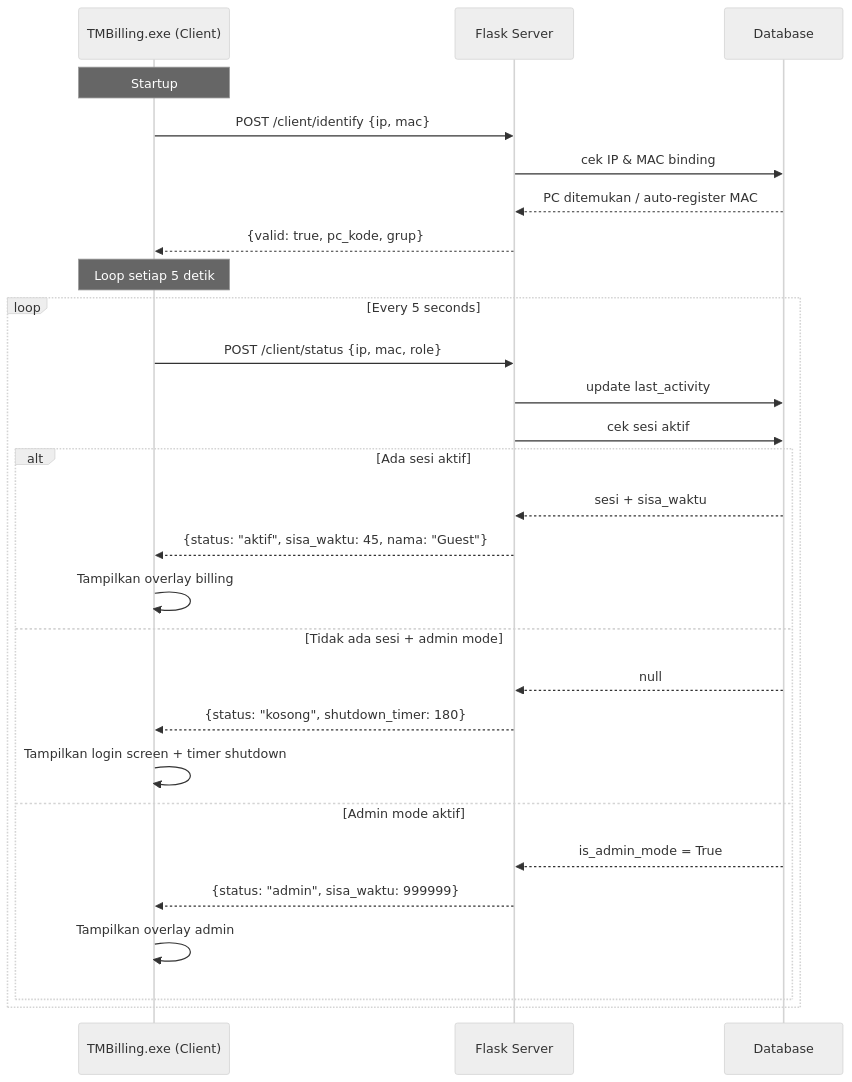
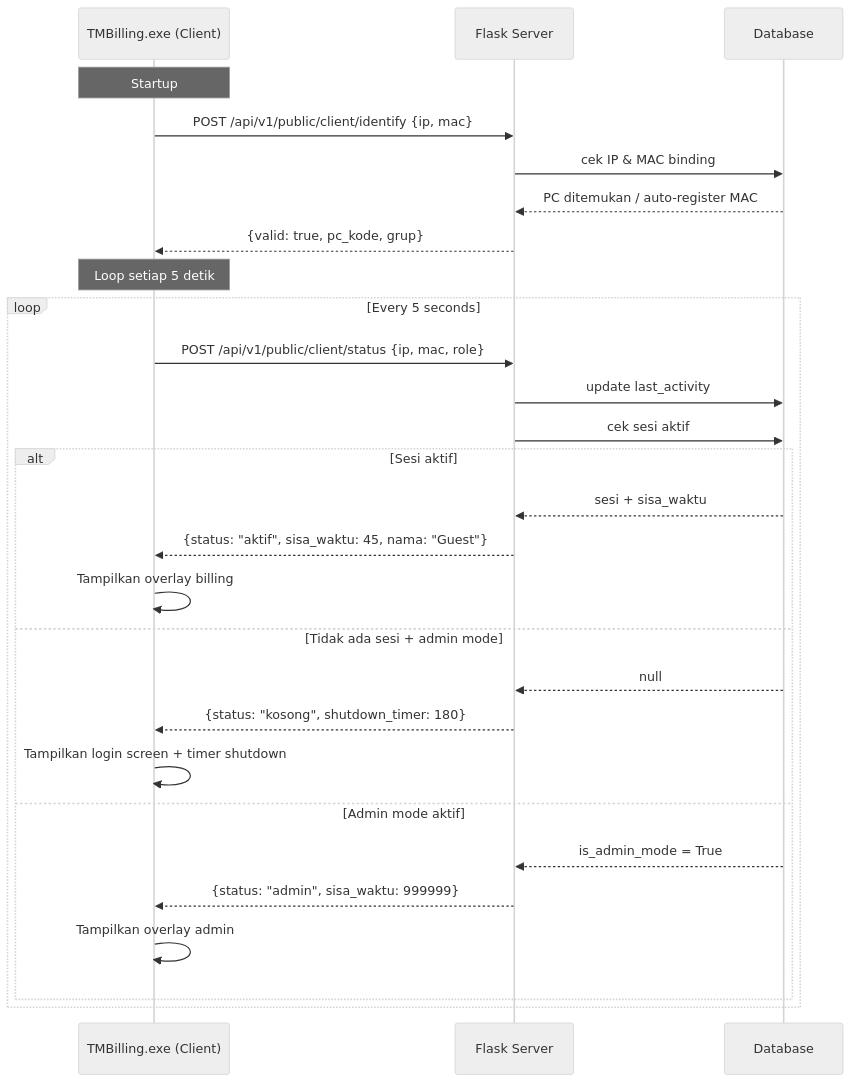
One commit to milanalfandiismail/TMBilling changed the third of 5 diagrams in docs/DIAGRAMS.md. Above: the diagram before and after it, drawn with Mermaid (neutral theme). The commit also changed other lines of this file and 19 other files, not shown here.

````diff
--- a/docs/DIAGRAMS.md
+++ b/docs/DIAGRAMS.md
@@ -105,33 +105,33 @@
 ```mermaid
 sequenceDiagram
     participant Client as TMBilling.exe (Client)
     participant Server as Flask Server
     participant DB as Database
 
     Note over Client: Startup
-    Client->>Server: POST /client/identify {ip, mac}
+    Client->>Server: POST /api/v1/public/client/identify {ip, mac}
     Server->>DB: cek IP & MAC binding
     DB-->>Server: PC ditemukan / auto-register MAC
     Server-->>Client: {valid: true, pc_kode, grup}
 
     Note over Client: Loop setiap 5 detik
     loop Every 5 seconds
-        Client->>Server: POST /client/status {ip, mac, role}
+        Client->>Server: POST /api/v1/public/client/status {ip, mac, role}
         Server->>DB: update last_activity
         Server->>DB: cek sesi aktif
         
-        alt Ada sesi aktif
+        alt Sesi aktif
             DB-->>Server: sesi + sisa_waktu
             Server-->>Client: {status: "aktif", sisa_waktu: 45, nama: "Guest"}
             Client->>Client: Tampilkan overlay billing
         else Tidak ada sesi + admin mode
             DB-->>Server: null
             Server-->>Client: {status: "kosong", shutdown_timer: 180}
             Client->>Client: Tampilkan login screen + timer shutdown
         else Admin mode aktif
             DB-->>Server: is_admin_mode = True
             Server-->>Client: {status: "admin", sisa_waktu: 999999}
             Client->>Client: Tampilkan overlay admin
         end
     end
 ```
````
